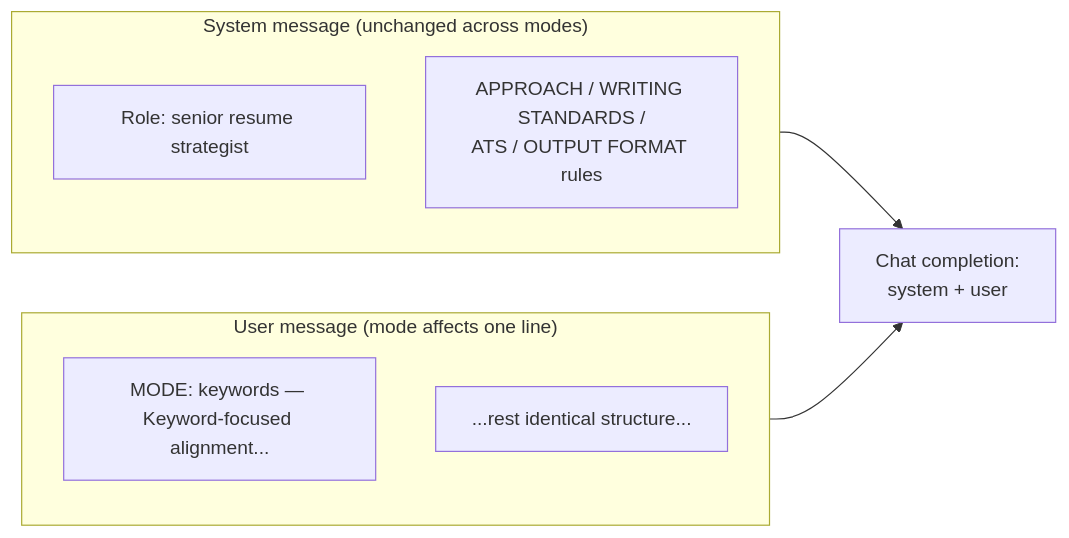
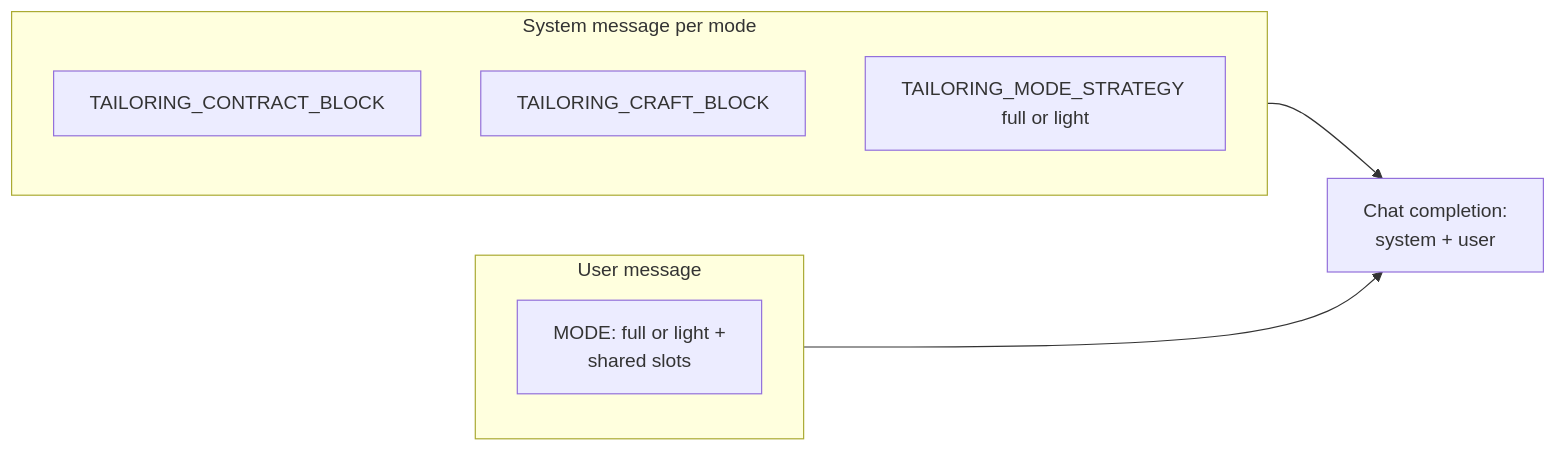
One commit to pritkc/Resume-Workbench changed the third of 13 diagrams in docs/prompts/llm-prompt-composition.md. Above: the diagram before and after it, drawn with Mermaid. The commit also changed other lines of this file and 85 other files, not shown here.

````diff
--- a/docs/prompts/llm-prompt-composition.md
+++ b/docs/prompts/llm-prompt-composition.md
@@ -103,15 +93,15 @@
 ```mermaid
 flowchart LR
-  subgraph system_msg["System message (unchanged across modes)"]
-    S1[Role: senior resume strategist]
-    S2[APPROACH / WRITING STANDARDS /\nATS / OUTPUT FORMAT rules]
+  subgraph system_msg["System message per mode"]
+    S1[TAILORING_CONTRACT_BLOCK]
+    S2[TAILORING_CRAFT_BLOCK]
+    S3[TAILORING_MODE_STRATEGY full or light]
   end
 
-  subgraph user_msg["User message (mode affects one line)"]
-    U1[MODE: keywords — Keyword-focused alignment...]
-    U2[...rest identical structure...]
+  subgraph user_msg["User message"]
+    U1[MODE: full or light +\nshared slots]
   end
 
   system_msg --> API[Chat completion:\nsystem + user]
   user_msg --> API
 ```
````
